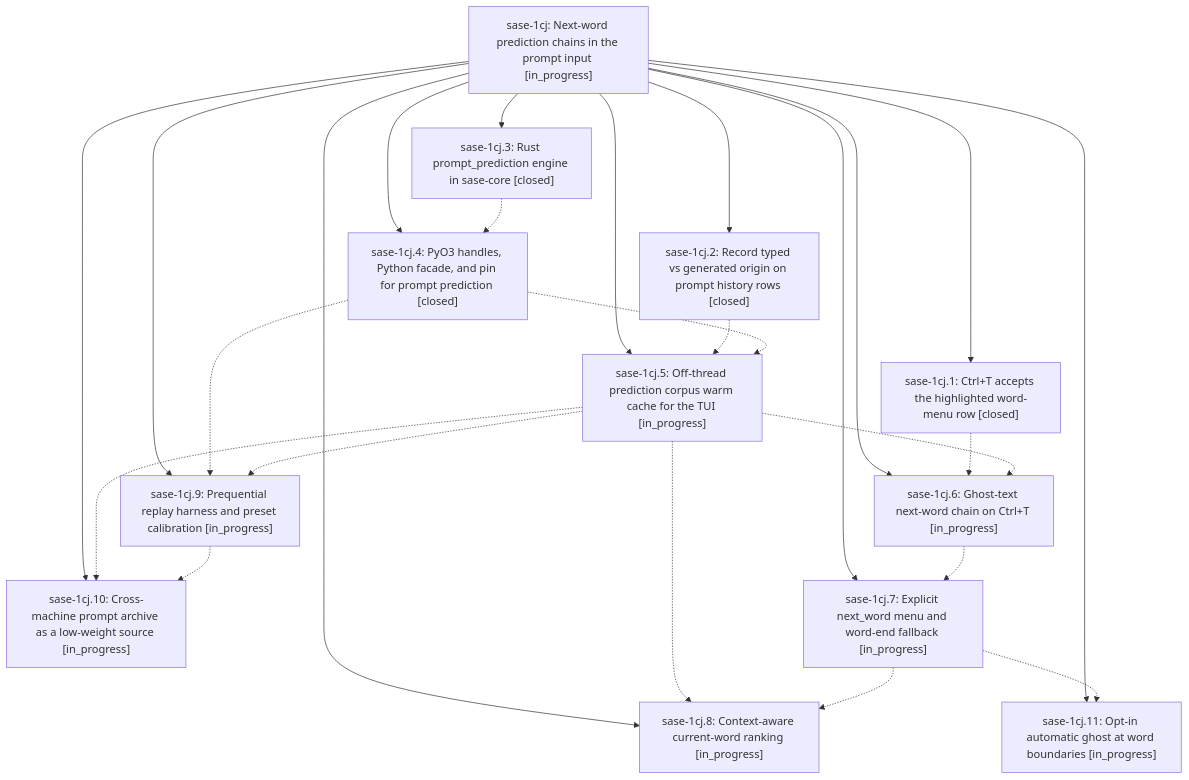
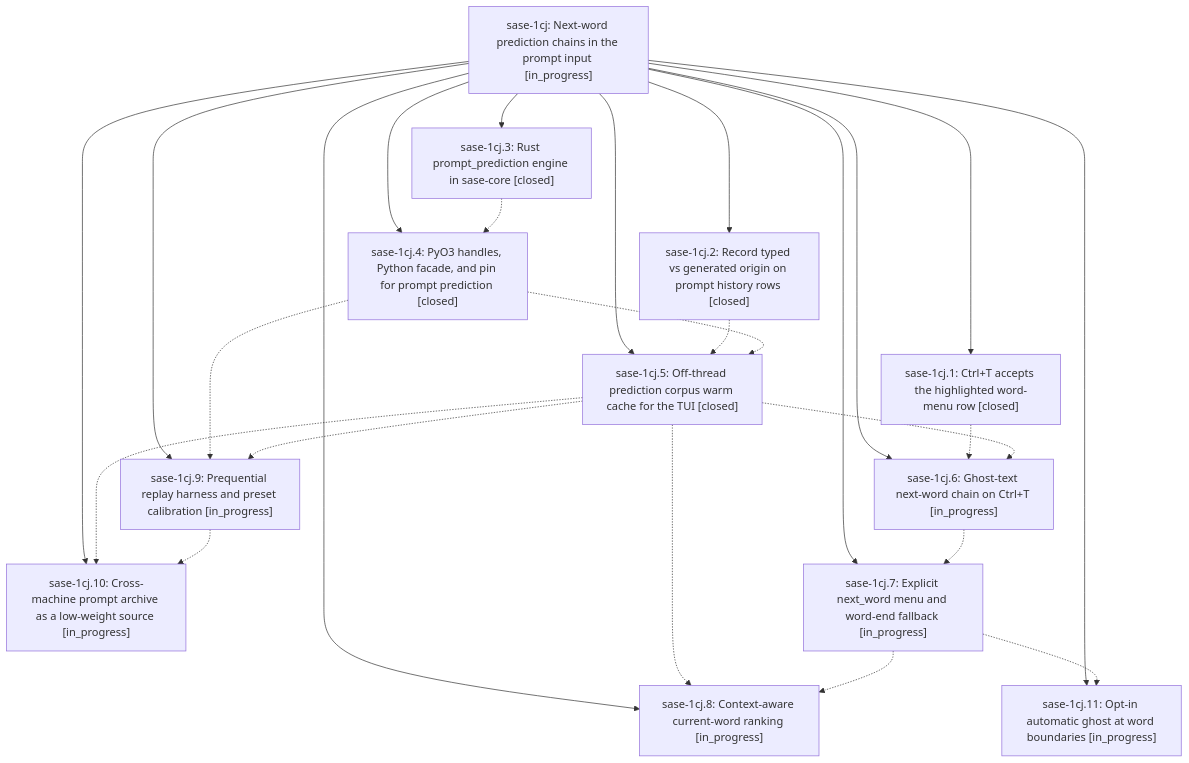
The diagram in pages/sase-1cj/README.md (sase-org/sase--beads), drawn with Mermaid before and after one commit. The commit also changed other lines of this file and 7 other files, not shown here.

````diff
--- a/pages/sase-1cj/README.md
+++ b/pages/sase-1cj/README.md
@@ -46,39 +46,39 @@
 ```mermaid
 flowchart TD
     n0["sase-1cj: Next-word prediction chains in the prompt input [in_progress]"]
     n1["sase-1cj.1: Ctrl+T accepts the highlighted word-menu row [closed]"]
     n2["sase-1cj.10: Cross-machine prompt archive as a low-weight source [in_progress]"]
     n3["sase-1cj.11: Opt-in automatic ghost at word boundaries [in_progress]"]
     n4["sase-1cj.2: Record typed vs generated origin on prompt history rows [closed]"]
     n5["sase-1cj.3: Rust prompt_prediction engine in sase-core [closed]"]
     n6["sase-1cj.4: PyO3 handles, Python facade, and pin for prompt prediction [closed]"]
-    n7["sase-1cj.5: Off-thread prediction corpus warm cache for the TUI [in_progress]"]
+    n7["sase-1cj.5: Off-thread prediction corpus warm cache for the TUI [closed]"]
     n8["sase-1cj.6: Ghost-text next-word chain on Ctrl+T [in_progress]"]
     n9["sase-1cj.7: Explicit next_word menu and word-end fallback [in_progress]"]
     n10["sase-1cj.8: Context-aware current-word ranking [in_progress]"]
     n11["sase-1cj.9: Prequential replay harness and preset calibration [in_progress]"]
     n0 --> n1
     n0 --> n2
     n0 --> n3
     n0 --> n4
     n0 --> n5
     n0 --> n6
     n0 --> n7
     n0 --> n8
     n0 --> n9
     n0 --> n10
     n0 --> n11
     n1 -.-> n8
     n4 -.-> n7
     n5 -.-> n6
     n6 -.-> n7
     n6 -.-> n11
     n7 -.-> n2
     n7 -.-> n8
     n7 -.-> n10
     n7 -.-> n11
     n8 -.-> n9
     n9 -.-> n3
     n9 -.-> n10
     n11 -.-> n2
 ```
````
